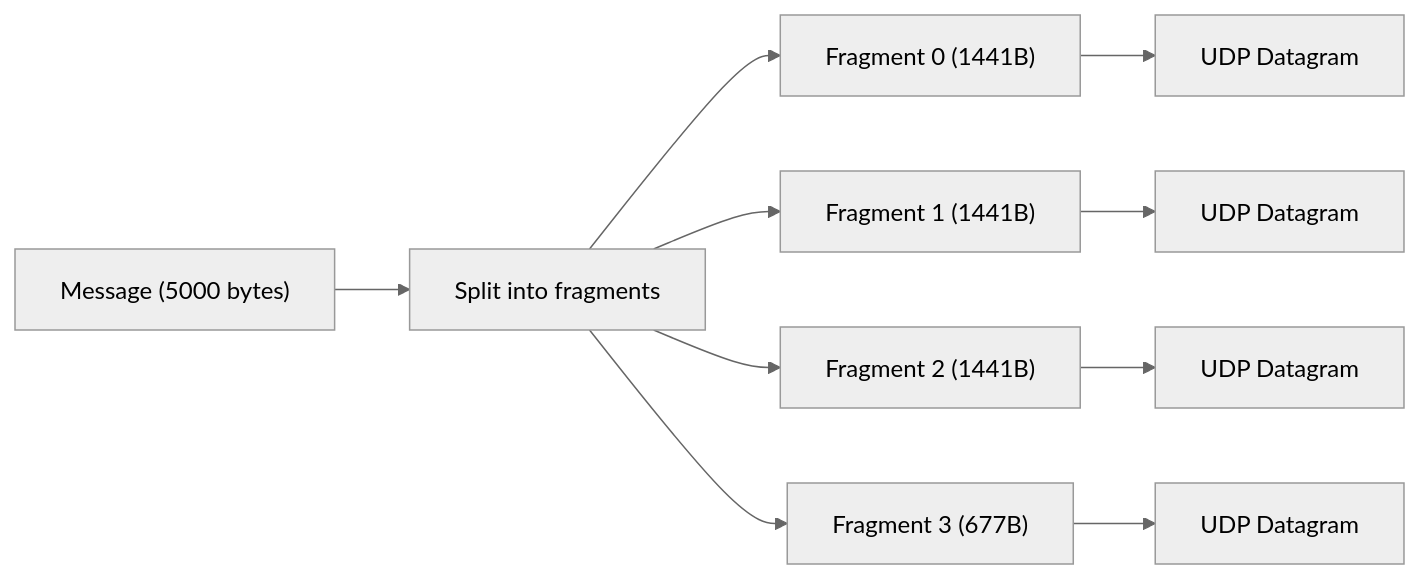
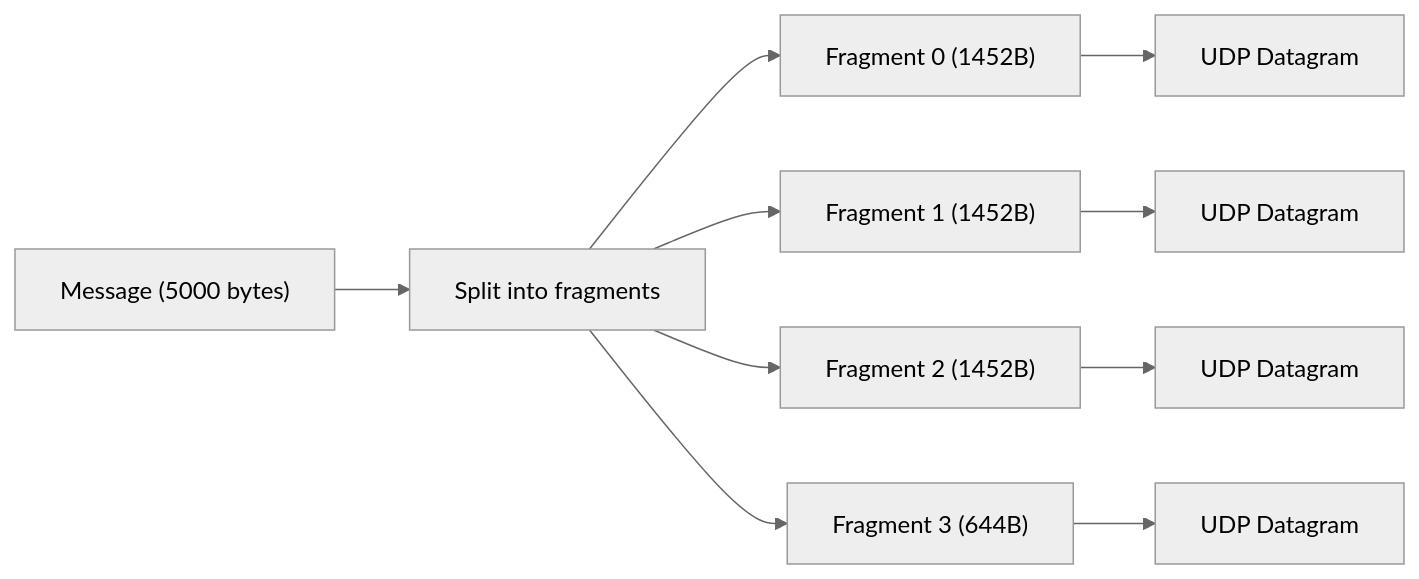
The eighth of 12 diagrams in docs/explanation/nuclearnet.md (Fastcode/NUClear), drawn with Mermaid (neutral theme) before and after one commit. The commit also changed other lines of this file and 3 other files, not shown here.

````diff
--- a/docs/explanation/nuclearnet.md
+++ b/docs/explanation/nuclearnet.md
@@ -194,12 +270,12 @@
 ```mermaid
 flowchart LR
     MSG["Message (5000 bytes)"] --> SPLIT[Split into fragments]
-    SPLIT --> F1["Fragment 0 (1441B)"]
-    SPLIT --> F2["Fragment 1 (1441B)"]
-    SPLIT --> F3["Fragment 2 (1441B)"]
-    SPLIT --> F4["Fragment 3 (677B)"]
+    SPLIT --> F1["Fragment 0 (1452B)"]
+    SPLIT --> F2["Fragment 1 (1452B)"]
+    SPLIT --> F3["Fragment 2 (1452B)"]
+    SPLIT --> F4["Fragment 3 (644B)"]
     F1 --> UDP1[UDP Datagram]
     F2 --> UDP2[UDP Datagram]
     F3 --> UDP3[UDP Datagram]
     F4 --> UDP4[UDP Datagram]
 ```
````
